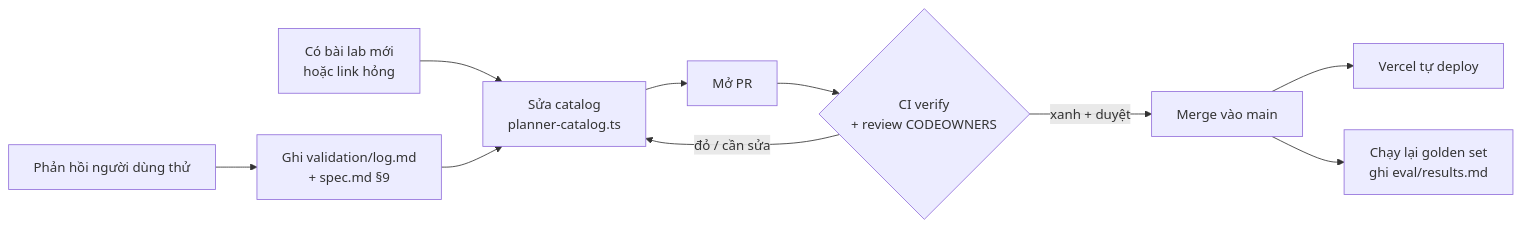
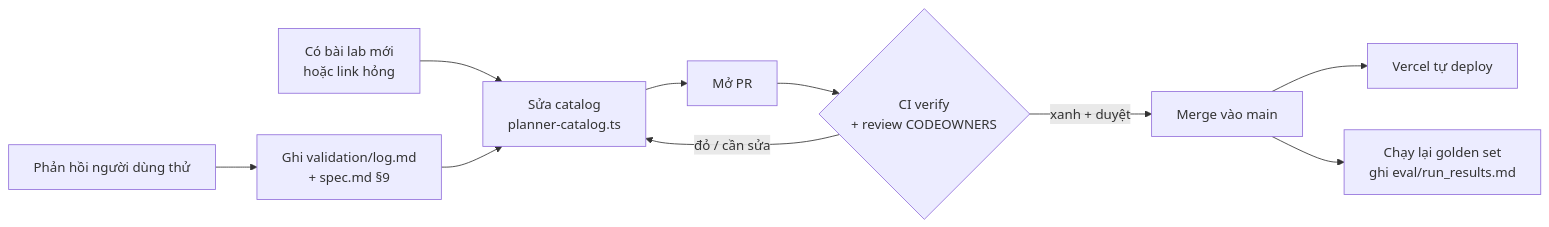
One commit to Dokhacgiakhoa/K4-3A-e403-Vinonymus changed the second of 3 diagrams in README.md. Above: the diagram before and after it, drawn with Mermaid. The commit also changed other lines of this file and 7 other files, not shown here.

````diff
--- a/README.md
+++ b/README.md
@@ -88,11 +88,11 @@
 ```mermaid
 flowchart LR
     A[Có bài lab mới<br/>hoặc link hỏng] --> B[Sửa catalog<br/>planner-catalog.ts]
     B --> C[Mở PR]
     C --> D{CI verify<br/>+ review CODEOWNERS}
     D -- đỏ / cần sửa --> B
     D -- xanh + duyệt --> E[Merge vào main]
     E --> F[Vercel tự deploy]
-    E --> G[Chạy lại golden set<br/>ghi eval/results.md]
+    E --> G[Chạy lại golden set<br/>ghi eval/run_results.md]
     H[Phản hồi người dùng thử] --> I[Ghi validation/log.md<br/>+ spec.md §9] --> B
 ```
````
